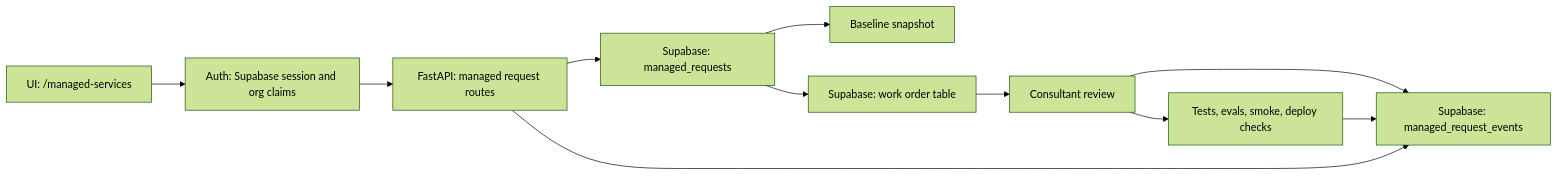
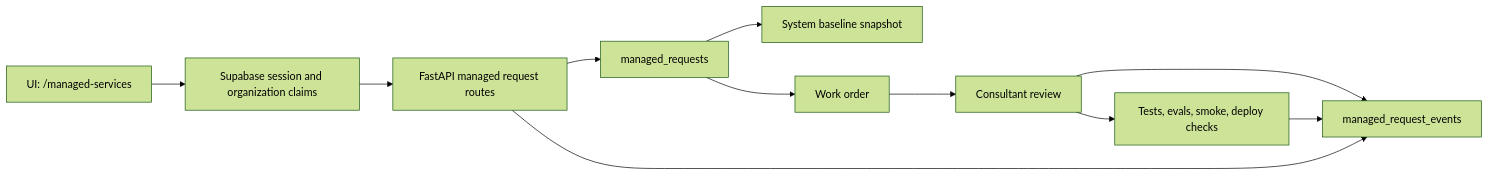
The second of 3 diagrams in content/playbooks/cooperative-managed-services-platform-systems-of-record.md (mdegoll/Hugo-Personal), drawn with Mermaid (forest theme) before and after one commit. The commit also changed other lines of this file and 5 other files, not shown here.

````diff
--- a/content/playbooks/cooperative-managed-services-platform-systems-of-record.md
+++ b/content/playbooks/cooperative-managed-services-platform-systems-of-record.md
@@ -187,23 +187,23 @@
 ```mermaid
 flowchart LR
     UI["UI: /managed-services"]
-    Auth["Auth: Supabase session and org claims"]
-    API["FastAPI: managed request routes"]
-    DB["Supabase: managed_requests"]
-    Events["Supabase: managed_request_events"]
-    Baseline["Baseline snapshot"]
-    WorkOrder["Supabase: work order table"]
+    Auth["Supabase session and organization claims"]
+    API["FastAPI managed request routes"]
+    Requests["managed_requests"]
+    Events["managed_request_events"]
+    Baseline["System baseline snapshot"]
+    WorkOrder["Work order"]
     Review["Consultant review"]
     Checks["Tests, evals, smoke, deploy checks"]
 
     UI --> Auth
     Auth --> API
-    API --> DB
+    API --> Requests
     API --> Events
-    DB --> Baseline
-    DB --> WorkOrder
+    Requests --> Baseline
+    Requests --> WorkOrder
     WorkOrder --> Review
     Review --> Events
     Review --> Checks
     Checks --> Events
 ```
````
